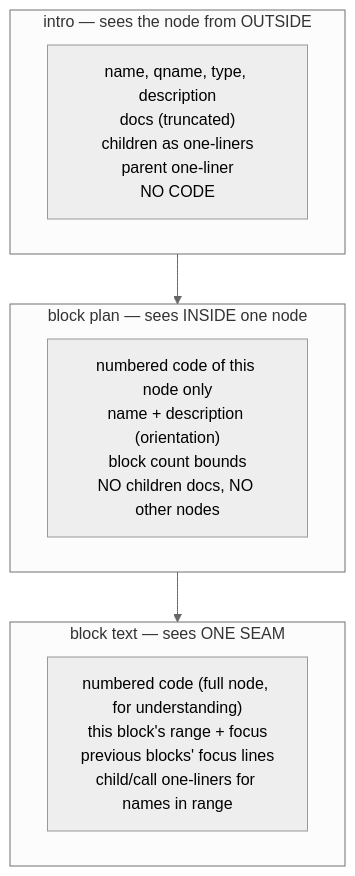
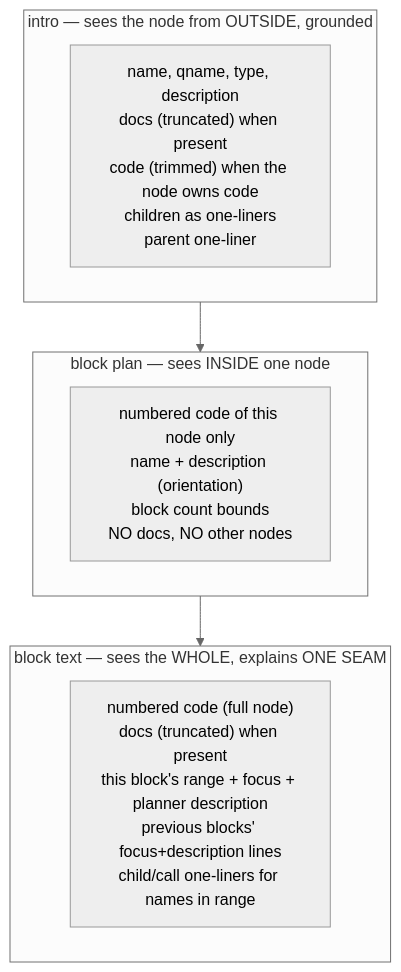
The diagram in plan/walkthrough-agent/06-context-engineering.md (v-noc/IDE), drawn with Mermaid (neutral theme) before and after one commit. The commit also changed other lines of this file and 42 other files, not shown here.

````diff
--- a/plan/walkthrough-agent/06-context-engineering.md
+++ b/plan/walkthrough-agent/06-context-engineering.md
@@ -12,13 +18,13 @@
 ```mermaid
 flowchart TB
-    subgraph Z1 ["intro — sees the node from OUTSIDE"]
-        A["name, qname, type, description\ndocs (truncated)\nchildren as one-liners\nparent one-liner\nNO CODE"]
+    subgraph Z1 ["intro — sees the node from OUTSIDE, grounded"]
+        A["name, qname, type, description\ndocs (truncated) when present\ncode (trimmed) when the node owns code\nchildren as one-liners\nparent one-liner"]
     end
     subgraph Z2 ["block plan — sees INSIDE one node"]
-        B["numbered code of this node only\nname + description (orientation)\nblock count bounds\nNO children docs, NO other nodes"]
+        B["numbered code of this node only\nname + description (orientation)\nblock count bounds\nNO docs, NO other nodes"]
     end
-    subgraph Z3 ["block text — sees ONE SEAM"]
-        C["numbered code (full node, for understanding)\nthis block's range + focus\nprevious blocks' focus lines\nchild/call one-liners for names in range"]
+    subgraph Z3 ["block text — sees the WHOLE, explains ONE SEAM"]
+        C["numbered code (full node)\ndocs (truncated) when present\nthis block's range + focus + planner description\nprevious blocks' focus+description lines\nchild/call one-liners for names in range"]
     end
     Z1 --> Z2 --> Z3
 ```
````
